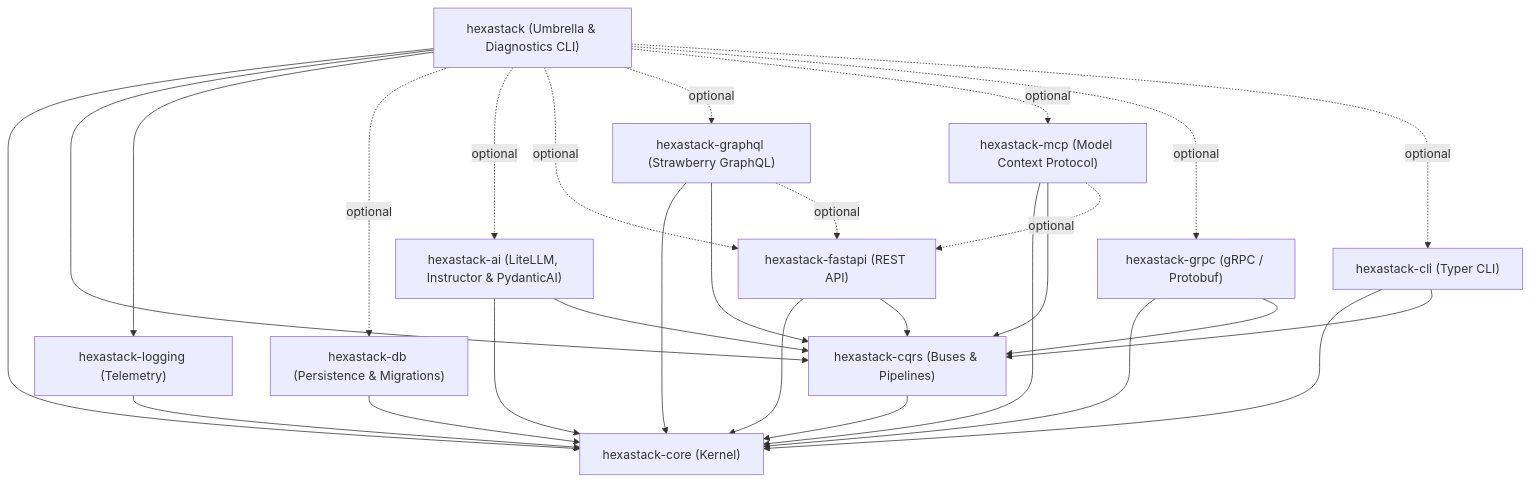
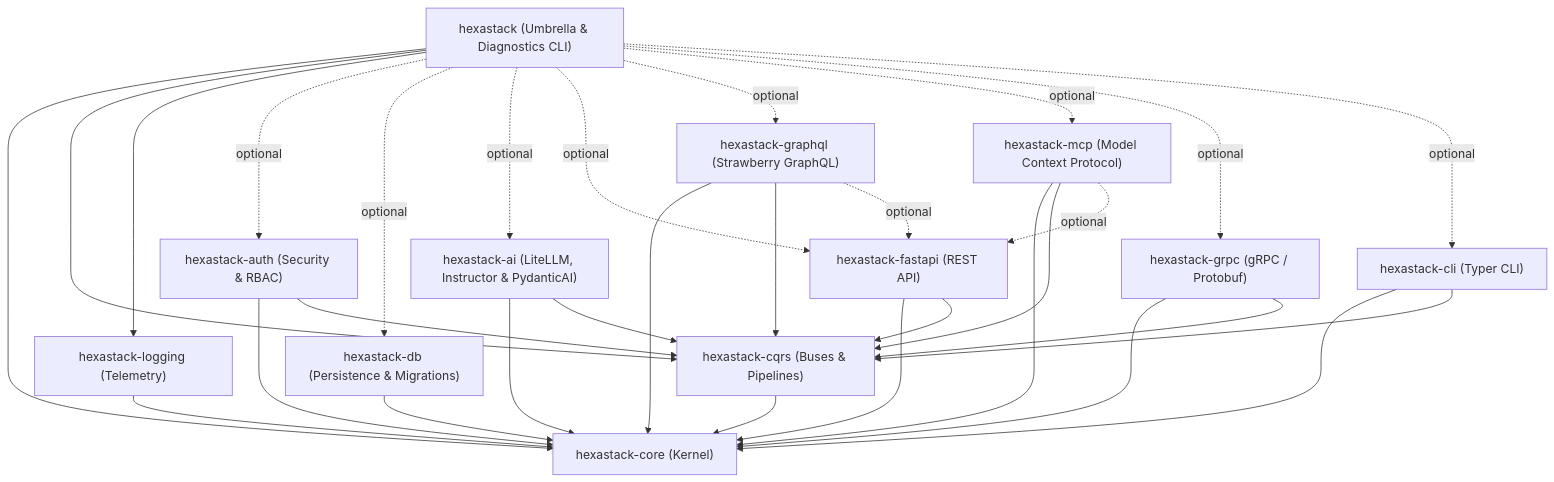
Before and after one commit to TheTrueSCU/hexastack: the second of 2 diagrams in README.md, drawn with Mermaid. The commit also changed other lines of this file and 43 other files, not shown here.

Commit message:
add hexastack-auth; update workflows

````diff
--- a/README.md
+++ b/README.md
@@ -68,44 +68,48 @@
 ```mermaid
 graph TD
     Umbrella["hexastack (Umbrella & Diagnostics CLI)"]
 
     Core["hexastack-core (Kernel)"]
     CQRS["hexastack-cqrs (Buses & Pipelines)"]
     Logging["hexastack-logging (Telemetry)"]
+    Auth["hexastack-auth (Security & RBAC)"]
     DB["hexastack-db (Persistence & Migrations)"]
     AI["hexastack-ai (LiteLLM, Instructor & PydanticAI)"]
     FastAPI["hexastack-fastapi (REST API)"]
     GraphQL["hexastack-graphql (Strawberry GraphQL)"]
     MCP["hexastack-mcp (Model Context Protocol)"]
     GRPC["hexastack-grpc (gRPC / Protobuf)"]
     CLI["hexastack-cli (Typer CLI)"]
 
     Umbrella --> Core
     Umbrella --> CQRS
     Umbrella --> Logging
+    Umbrella -. optional .-> Auth
     Umbrella -. optional .-> DB
     Umbrella -. optional .-> AI
     Umbrella -. optional .-> FastAPI
     Umbrella -. optional .-> GraphQL
     Umbrella -. optional .-> MCP
     Umbrella -. optional .-> GRPC
     Umbrella -. optional .-> CLI
 
     CQRS --> Core
     Logging --> Core
+    Auth --> Core
+    Auth --> CQRS
     DB --> Core
     AI --> Core
     AI --> CQRS
     FastAPI --> Core
     FastAPI --> CQRS
     GraphQL --> Core
     GraphQL --> CQRS
     GraphQL -. optional .-> FastAPI
     MCP --> Core
     MCP --> CQRS
     MCP -. optional .-> FastAPI
     GRPC --> Core
     GRPC --> CQRS
     CLI --> Core
     CLI --> CQRS
 ```
````
